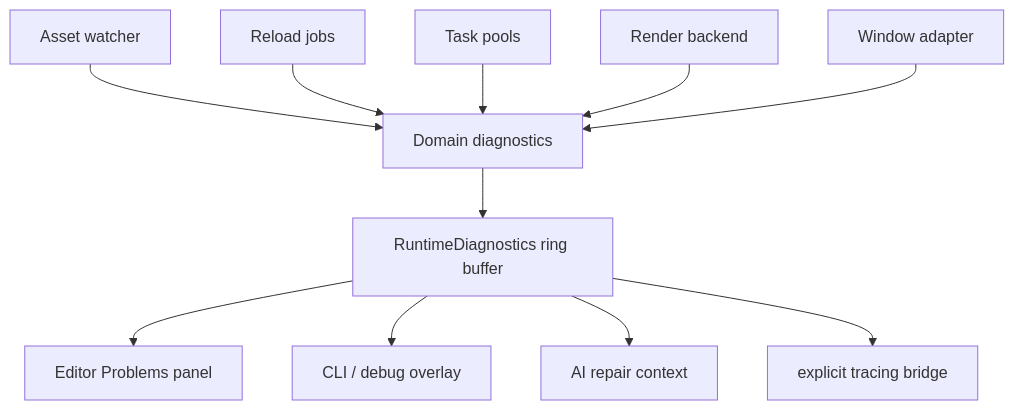
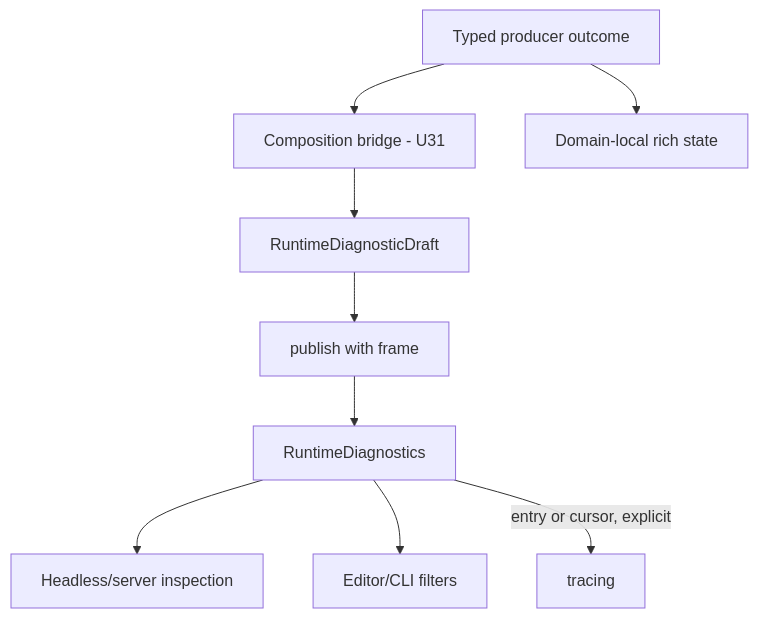
The diagram in docs/architecture/adr/0048-runtime-diagnostics-and-observability-bus.md (Latias94/nara), drawn with Mermaid before and after one commit. The commit also changed other lines of this file and 48 other files, not shown here.

````diff
--- a/docs/architecture/adr/0048-runtime-diagnostics-and-observability-bus.md
+++ b/docs/architecture/adr/0048-runtime-diagnostics-and-observability-bus.md
@@ -21,13 +25,11 @@
 ```mermaid
 flowchart TD
-    Watch[Asset watcher] --> Domain[Domain diagnostics]
-    Reload[Reload jobs] --> Domain
-    Tasks[Task pools] --> Domain
-    Render[Render backend] --> Domain
-    Window[Window adapter] --> Domain
-    Domain --> Bus[RuntimeDiagnostics ring buffer]
-    Bus --> Editor[Editor Problems panel]
-    Bus --> Cli[CLI / debug overlay]
-    Bus --> Agent[AI repair context]
-    Bus --> Trace[explicit tracing bridge]
+    Domain[Typed producer outcome] --> Bridge[Composition bridge - U31]
+    Bridge --> Draft[RuntimeDiagnosticDraft]
+    Draft --> Publish[publish with frame]
+    Publish --> Bus[RuntimeDiagnostics]
+    Bus --> Headless[Headless/server inspection]
+    Bus --> Editor[Editor/CLI filters]
+    Bus -->|entry or cursor, explicit| Trace[tracing]
+    Domain --> Local[Domain-local rich state]
 ```
````
